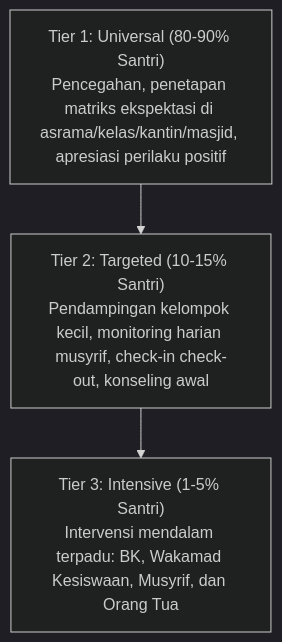
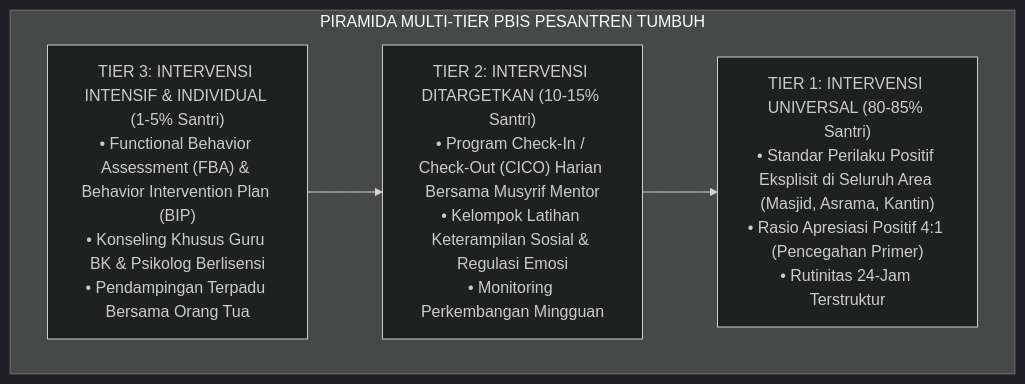
One commit to wandiapriliyandi/tumbuh changed the second of 3 diagrams in 01 Philosophy/04 Education/P1-04-03-Paradigma-Disiplin-Restoratif-dan-PBIS.md. Above: the diagram before and after it, drawn with Mermaid (dark theme). The commit also changed other lines of this file and 4 other files, not shown here.

````diff
--- a/01 Philosophy/04 Education/P1-04-03-Paradigma-Disiplin-Restoratif-dan-PBIS.md
+++ b/01 Philosophy/04 Education/P1-04-03-Paradigma-Disiplin-Restoratif-dan-PBIS.md
@@ -32,9 +48,12 @@
 ```mermaid
 graph TD
-    T1["Tier 1: Universal (80-90% Santri)<br/>Pencegahan, penetapan matriks ekspektasi di asrama/kelas/kantin/masjid, apresiasi perilaku positif"]
-    T2["Tier 2: Targeted (10-15% Santri)<br/>Pendampingan kelompok kecil, monitoring harian musyrif, check-in check-out, konseling awal"]
-    T3["Tier 3: Intensive (1-5% Santri)<br/>Intervensi mendalam terpadu: BK, Wakamad Kesiswaan, Musyrif, dan Orang Tua"]
-
-    T1 --> T2
-    T2 --> T3
+    subgraph PiramidaPBIS["PIRAMIDA MULTI-TIER PBIS PESANTREN TUMBUH"]
+        T1["TIER 1: INTERVENSI UNIVERSAL (80-85% Santri)<br/>• Standar Perilaku Positif Eksplisit di Seluruh Area (Masjid, Asrama, Kantin)<br/>• Rasio Apresiasi Positif 4:1 (Pencegahan Primer)<br/>• Rutinitas 24-Jam Terstruktur"]
+        
+        T2["TIER 2: INTERVENSI DITARGETKAN (10-15% Santri)<br/>• Program Check-In / Check-Out (CICO) Harian Bersama Musyrif Mentor<br/>• Kelompok Latihan Keterampilan Sosial & Regulasi Emosi<br/>• Monitoring Perkembangan Mingguan"]
+        
+        T3["TIER 3: INTERVENSI INTENSIF & INDIVIDUAL (1-5% Santri)<br/>• Functional Behavior Assessment (FBA) & Behavior Intervention Plan (BIP)<br/>• Konseling Khusus Guru BK & Psikolog Berlisensi<br/>• Pendampingan Terpadu Bersama Orang Tua"]
+        
+        T3 --> T2 --> T1
+    end
 ```
````
